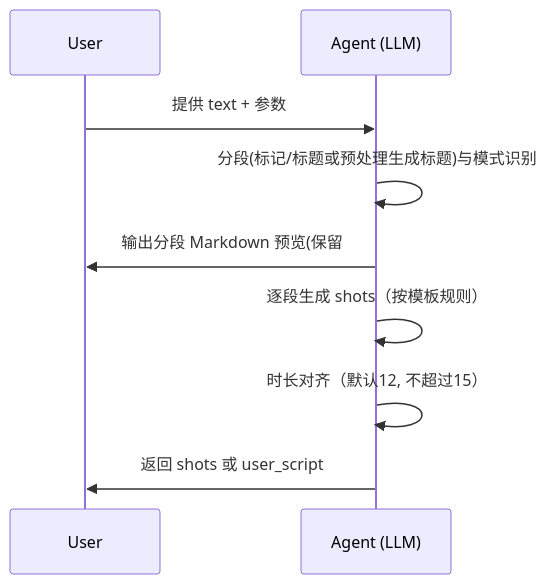
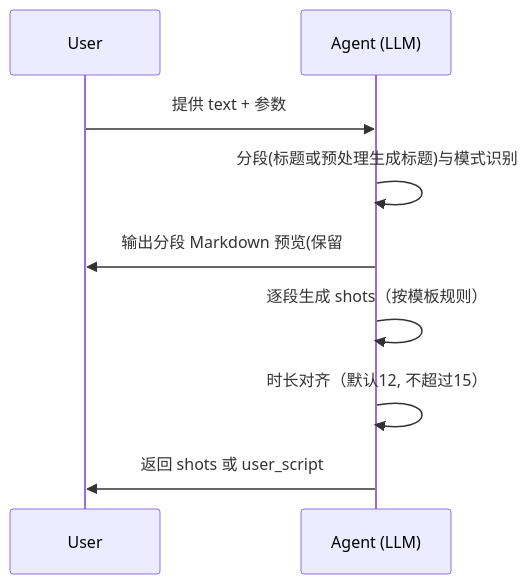
The second of 2 diagrams in prompts/sora2_agent_config.md (leon30083/sor2-prompt-mcp), drawn with Mermaid before and after one commit. The commit also changed other lines of this file, not shown here.

````diff
--- a/prompts/sora2_agent_config.md
+++ b/prompts/sora2_agent_config.md
@@ -193,11 +191,11 @@
 ```mermaid
 sequenceDiagram
   participant U as User
   participant A as Agent (LLM)
   U->>A: 提供 text + 参数
-  A->>A: 分段(标记/标题或预处理生成标题)与模式识别
+  A->>A: 分段(标题或预处理生成标题)与模式识别
   A->>U: 输出分段 Markdown 预览(保留 ###)
   A->>A: 逐段生成 shots（按模板规则）
   A->>A: 时长对齐（默认12, 不超过15）
   A->>U: 返回 shots 或 user_script
 ```
````
